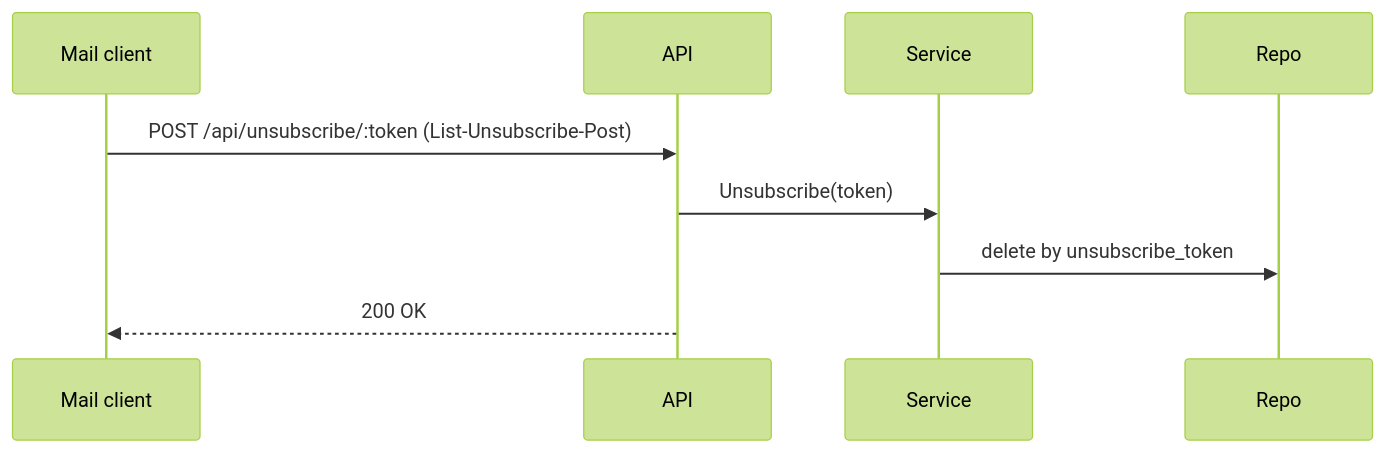
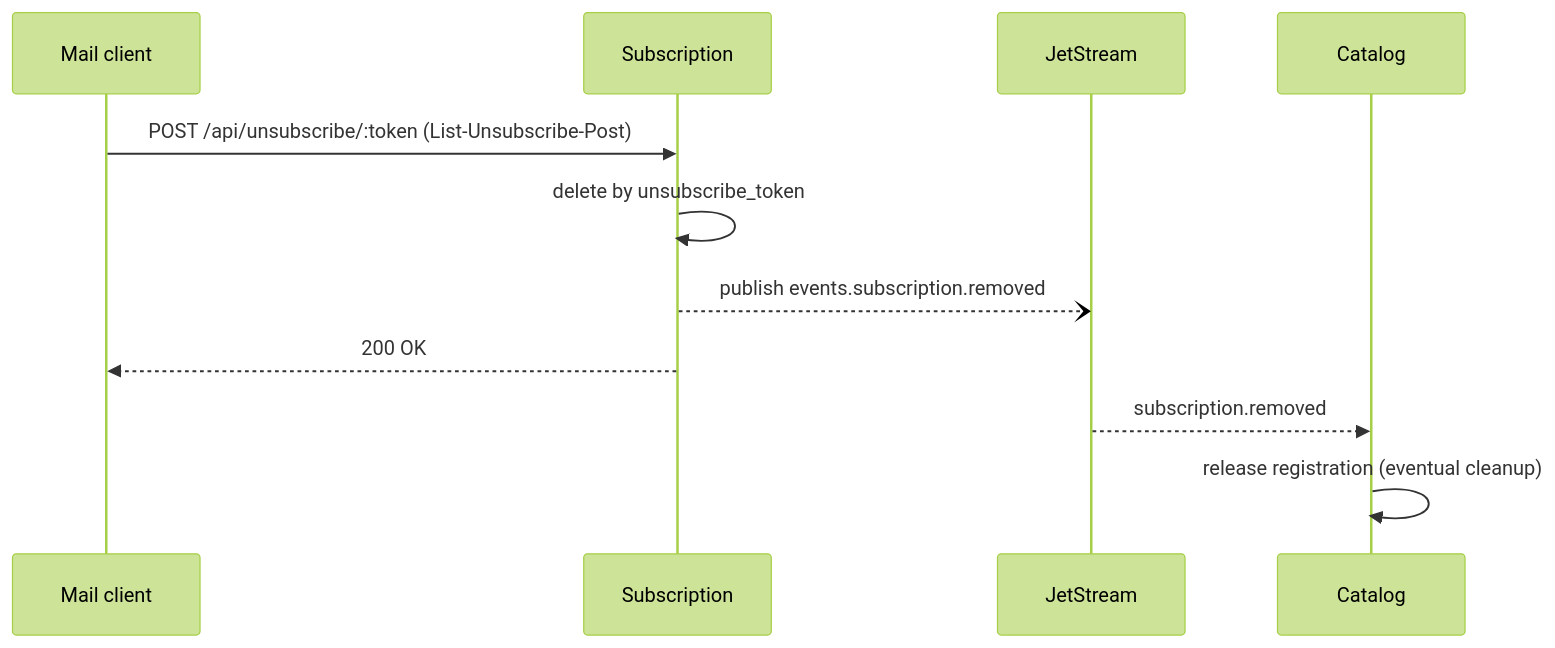
Before and after one commit to GenesisEducationKyiv/software-engineering-school-6-0-Andriy-Sydorenko: the fourth of 4 diagrams in docs/system-design.md, drawn with Mermaid (forest theme). The commit also changed other lines of this file and 9 other files, not shown here.

````diff
--- a/docs/system-design.md
+++ b/docs/system-design.md
@@ -185,12 +278,14 @@
 ```mermaid
 sequenceDiagram
     participant Mail as Mail client
-    participant API
-    participant Svc as Service
-    participant Repo
+    participant S as Subscription
+    participant J as JetStream
+    participant C as Catalog
 
-    Mail->>API: POST /api/unsubscribe/:token  (List-Unsubscribe-Post)
-    API->>Svc: Unsubscribe(token)
-    Svc->>Repo: delete by unsubscribe_token
-    API-->>Mail: 200 OK
+    Mail->>S: POST /api/unsubscribe/:token  (List-Unsubscribe-Post)
+    S->>S: delete by unsubscribe_token
+    S--)J: publish events.subscription.removed
+    S-->>Mail: 200 OK
+    J-->>C: subscription.removed
+    C->>C: release registration (eventual cleanup)
 ```
````
